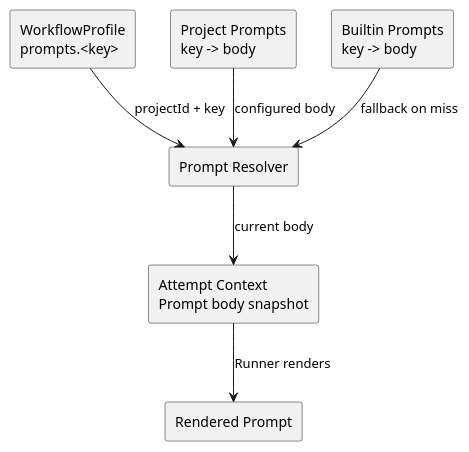
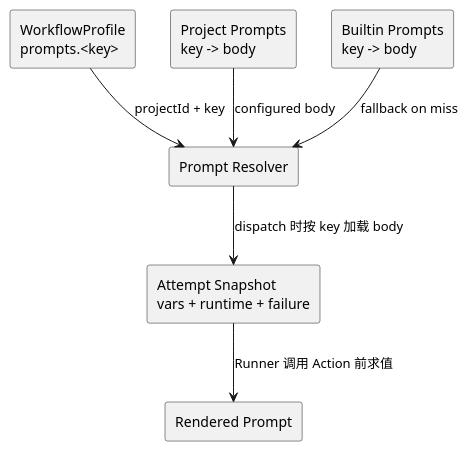
One commit to suraciii/mohist changed the diagram in design/prompt-management.md. Above: the diagram before and after it, drawn with PlantUML. The commit also changed other lines of this file and 60 other files, not shown here.

````diff
--- a/design/prompt-management.md
+++ b/design/prompt-management.md
@@ -21,18 +21,18 @@
 ```plantuml
 @startuml
 skinparam shadowing false
 
 rectangle "WorkflowProfile\nprompts.<key>" as Profile
 rectangle "Prompt Resolver" as Resolver
 rectangle "Project Prompts\nkey -> body" as ProjectPrompts
 rectangle "Builtin Prompts\nkey -> body" as Builtin
-rectangle "Attempt Context\nPrompt body snapshot" as Context
+rectangle "Attempt Snapshot\nvars + runtime + failure" as Snapshot
 rectangle "Rendered Prompt" as Rendered
 
 Profile --> Resolver : projectId + key
 ProjectPrompts --> Resolver : configured body
 Builtin --> Resolver : fallback on miss
-Resolver --> Context : current body
-Context --> Rendered : Runner renders
+Resolver --> Snapshot : dispatch 时按 key 加载 body
+Snapshot --> Rendered : Runner 调用 Action 前求值
 @enduml
 ```
````
